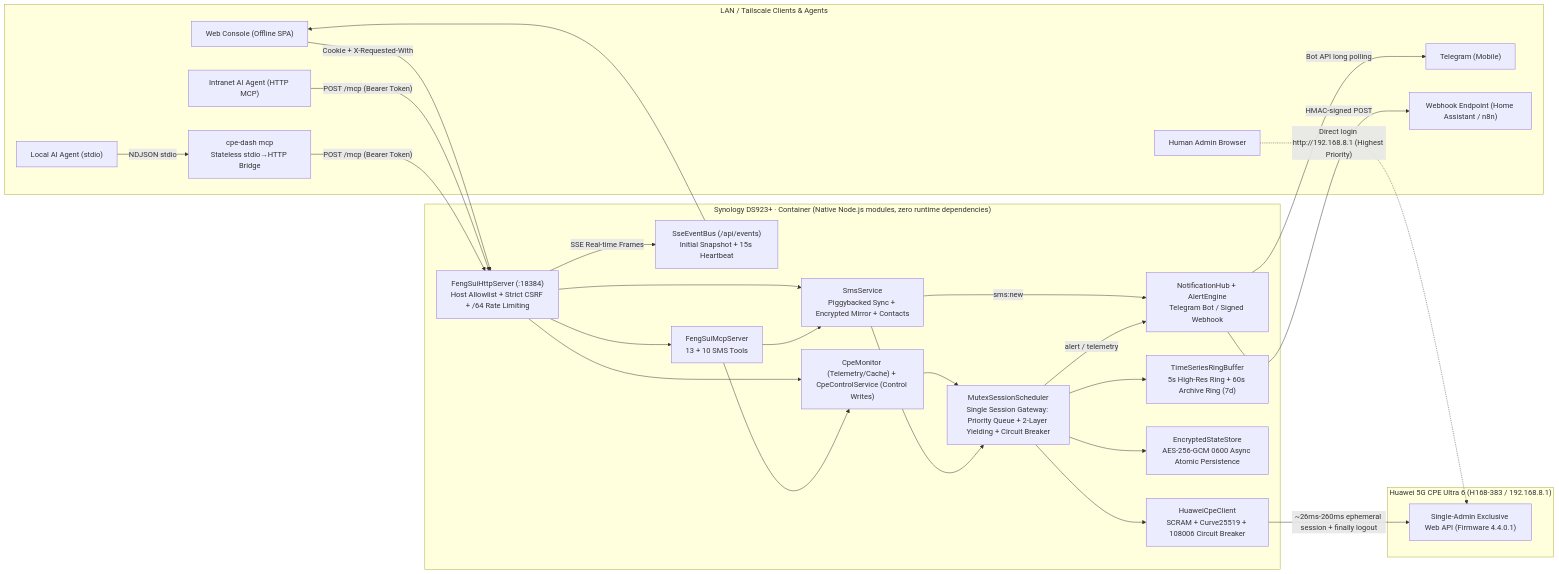
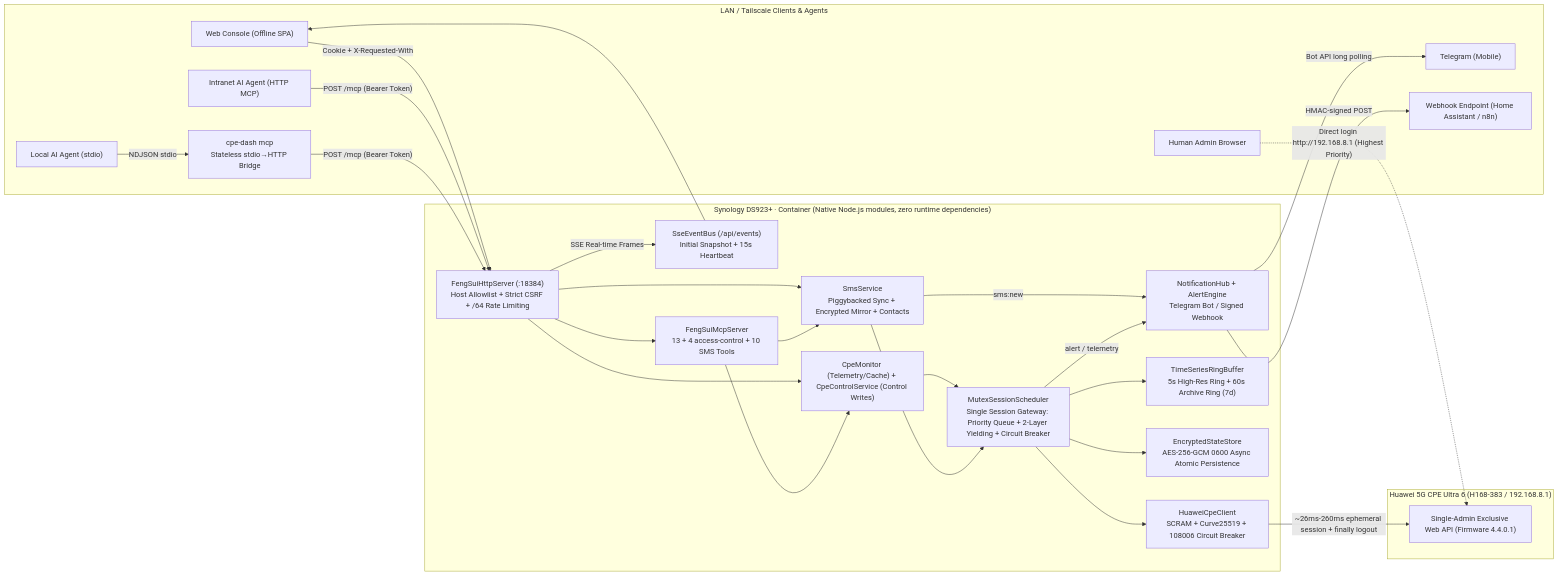
The first of 2 diagrams in README_EN.md (cky008/cpe-dash), drawn with Mermaid before and after one commit. The commit also changed other lines of this file and 3 other files, not shown here.

````diff
--- a/README_EN.md
+++ b/README_EN.md
@@ -137,52 +137,52 @@
 ```mermaid
 flowchart LR
   subgraph Clients["LAN / Tailscale Clients & Agents"]
     Browser["Web Console (Offline SPA)"]
     AgentHttp["Intranet AI Agent (HTTP MCP)"]
     AgentStdio["Local AI Agent (stdio)"]
     Bridge["cpe-dash mcp\nStateless stdio→HTTP Bridge"]
     HumanWeb["Human Admin Browser"]
     TgUser["Telegram (Mobile)"]
     Hook["Webhook Endpoint (Home Assistant / n8n)"]
   end
 
   subgraph NAS["Synology DS923+ · Container (Native Node.js modules, zero runtime dependencies)"]
     HttpSrv["FengSuiHttpServer (:18384)\nHost Allowlist + Strict CSRF + /64 Rate Limiting"]
     SseBus["SseEventBus (/api/events)\nInitial Snapshot + 15s Heartbeat"]
-    McpSrv["FengSuiMcpServer\n13 + 10 SMS Tools"]
+    McpSrv["FengSuiMcpServer\n13 + 4 access-control + 10 SMS Tools"]
     Sms["SmsService\nPiggybacked Sync + Encrypted Mirror + Contacts"]
     Notify["NotificationHub + AlertEngine\nTelegram Bot / Signed Webhook"]
     Core["CpeMonitor (Telemetry/Cache) + CpeControlService (Control Writes)"]
     Sched["MutexSessionScheduler\nSingle Session Gateway: Priority Queue + 2-Layer Yielding + Circuit Breaker"]
     Ring["TimeSeriesRingBuffer\n5s High-Res Ring + 60s Archive Ring (7d)"]
     Store["EncryptedStateStore\nAES-256-GCM 0600 Async Atomic Persistence"]
     Client["HuaweiCpeClient\nSCRAM + Curve25519 + 108006 Circuit Breaker"]
   end
 
   subgraph Router["Huawei 5G CPE Ultra 6 (H168-383 / 192.168.8.1)"]
     CpeApi["Single-Admin Exclusive Web API (Firmware 4.4.0.1)"]
   end
 
   Browser -- "Cookie + X-Requested-With" --> HttpSrv
   HttpSrv -- "SSE Real-time Frames" --> SseBus
   SseBus --> Browser
   AgentHttp -- "POST /mcp (Bearer Token)" --> HttpSrv
   HttpSrv --> McpSrv
   AgentStdio -- "NDJSON stdio" --> Bridge
   Bridge -- "POST /mcp (Bearer Token)" --> HttpSrv
   HttpSrv --> Core
   McpSrv --> Core
   Core --> Sched
   HttpSrv --> Sms
   McpSrv --> Sms
   Sms --> Sched
   Sms -- "sms:new" --> Notify
   Sched -- "alert / telemetry" --> Notify
   Notify -- "Bot API long polling" --> TgUser
   Notify -- "HMAC-signed POST" --> Hook
   Sched --> Ring
   Sched --> Store
   Sched --> Client
   Client -- "~26ms-260ms ephemeral session + finally logout" --> CpeApi
   HumanWeb -. "Direct login http://192.168.8.1 (Highest Priority)" .-> CpeApi
 ```
````
